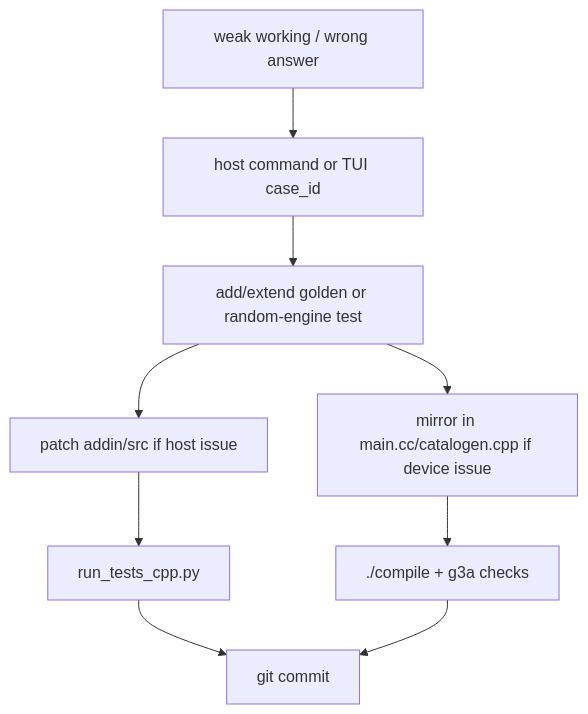
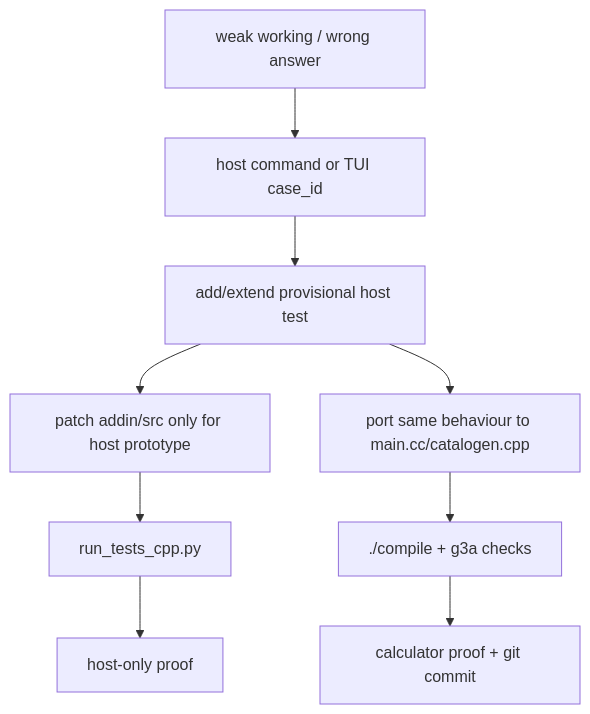
Before and after one commit to james8464/notes-addin-casio-fx-cg50: the ninth of 9 diagrams in c++/GRAPH.md, drawn with Mermaid. The commit also changed 3 other files, not shown here.

````diff
--- a/c++/GRAPH.md
+++ b/c++/GRAPH.md
@@ -206,11 +206,11 @@
 ```mermaid
 graph TD
   Bug["weak working / wrong answer"] --> Repro["host command or TUI case_id"]
-  Repro --> Test["add/extend golden or random-engine test"]
-  Test --> PatchHost["patch addin/src if host issue"]
-  Test --> PatchCalc["mirror in main.cc/catalogen.cpp if device issue"]
+  Repro --> Test["add/extend provisional host test"]
+  Test --> PatchHost["patch addin/src only for host prototype"]
+  Test --> PatchCalc["port same behaviour to main.cc/catalogen.cpp"]
   PatchHost --> Gate["run_tests_cpp.py"]
   PatchCalc --> Compile["./compile + g3a checks"]
-  Gate --> Commit["git commit"]
-  Compile --> Commit
+  Gate --> Proto["host-only proof"]
+  Compile --> Commit["calculator proof + git commit"]
 ```
````
